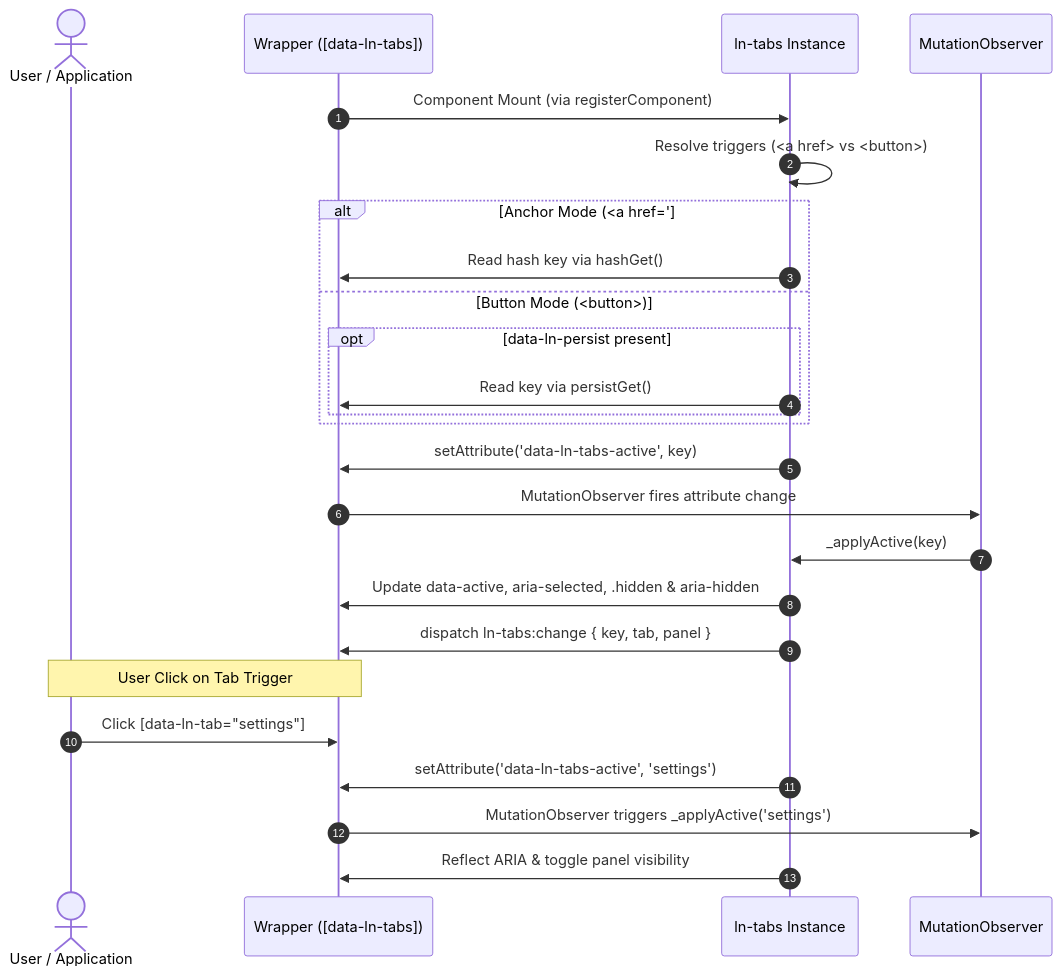
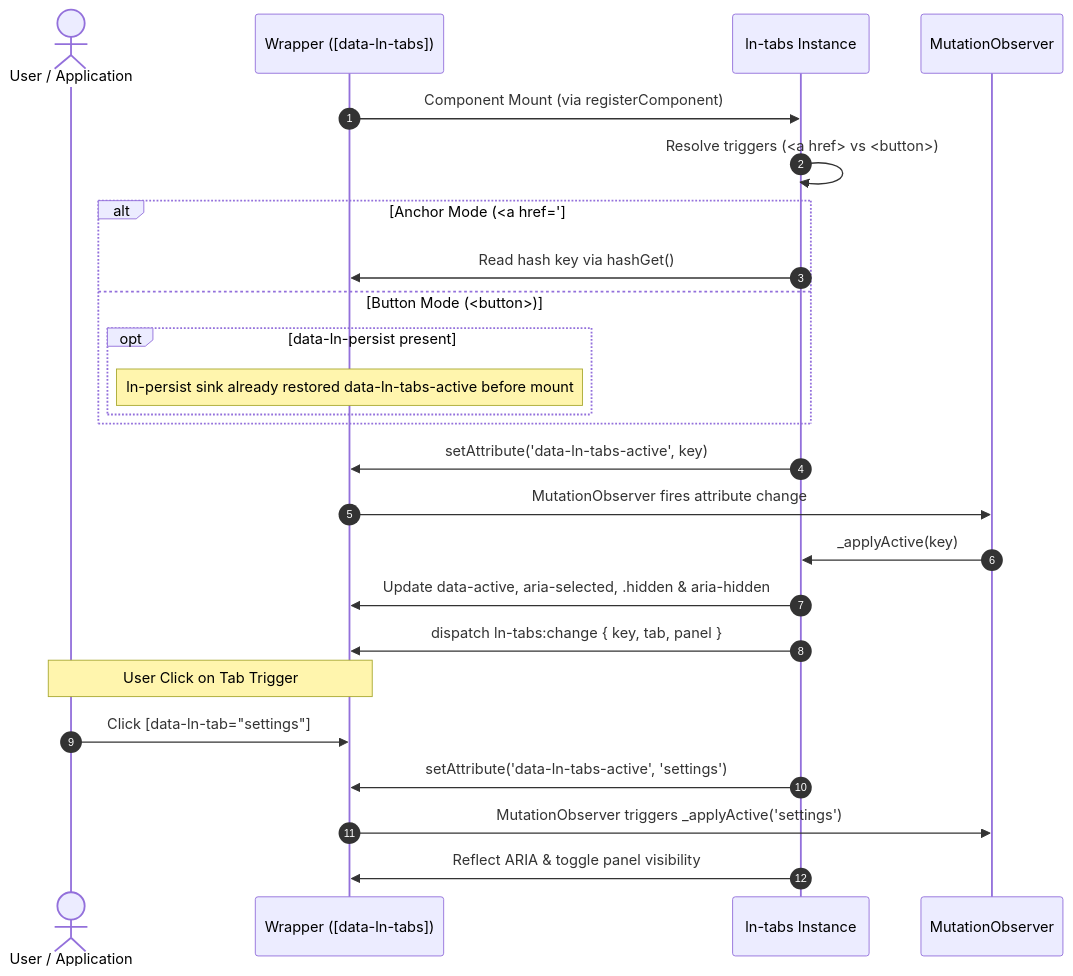
Before and after one commit to livenetworks/ln-ashlar: the diagram in docs-mcp/components/ln-tabs.md, drawn with Mermaid. The commit also changed other lines of this file and 93 other files, not shown here.

````diff
--- a/docs-mcp/components/ln-tabs.md
+++ b/docs-mcp/components/ln-tabs.md
@@ -168,31 +169,31 @@
 ```mermaid
 sequenceDiagram
     autonumber
     actor User as User / Application
     participant DOM as Wrapper ([data-ln-tabs])
     participant Instance as ln-tabs Instance
     participant MO as MutationObserver
 
     DOM->>Instance: Component Mount (via registerComponent)
     Instance->>Instance: Resolve triggers (<a href> vs <button>)
 
     alt Anchor Mode (<a href="#...">)
         Instance->>DOM: Read hash key via hashGet()
     else Button Mode (<button>)
         opt data-ln-persist present
-            Instance->>DOM: Read key via persistGet()
+            Note over DOM: ln-persist sink already restored data-ln-tabs-active before mount
         end
     end
 
     Instance->>DOM: setAttribute('data-ln-tabs-active', key)
     DOM->>MO: MutationObserver fires attribute change
     MO->>Instance: _applyActive(key)
     Instance->>DOM: Update data-active, aria-selected, .hidden & aria-hidden
     Instance->>DOM: dispatch ln-tabs:change { key, tab, panel }
 
     Note over User, DOM: User Click on Tab Trigger
     User->>DOM: Click [data-ln-tab="settings"]
     Instance->>DOM: setAttribute('data-ln-tabs-active', 'settings')
     DOM->>MO: MutationObserver triggers _applyActive('settings')
     Instance->>DOM: Reflect ARIA & toggle panel visibility
 ```
````
